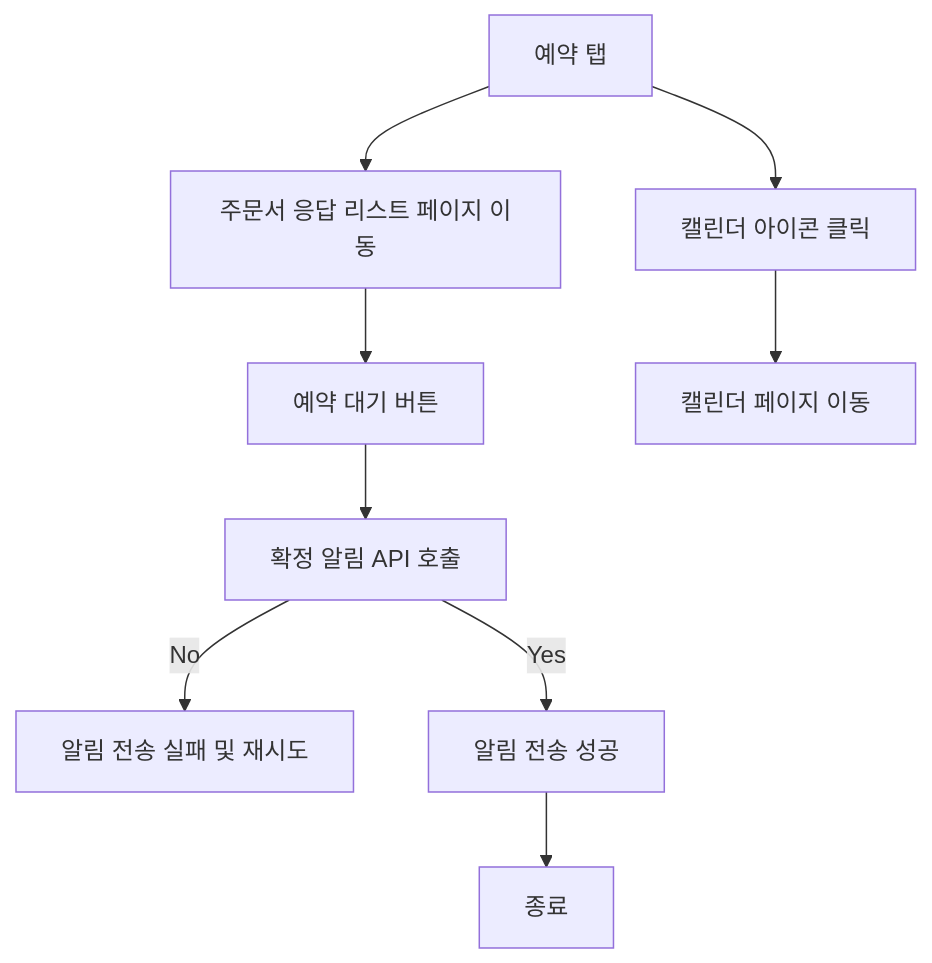
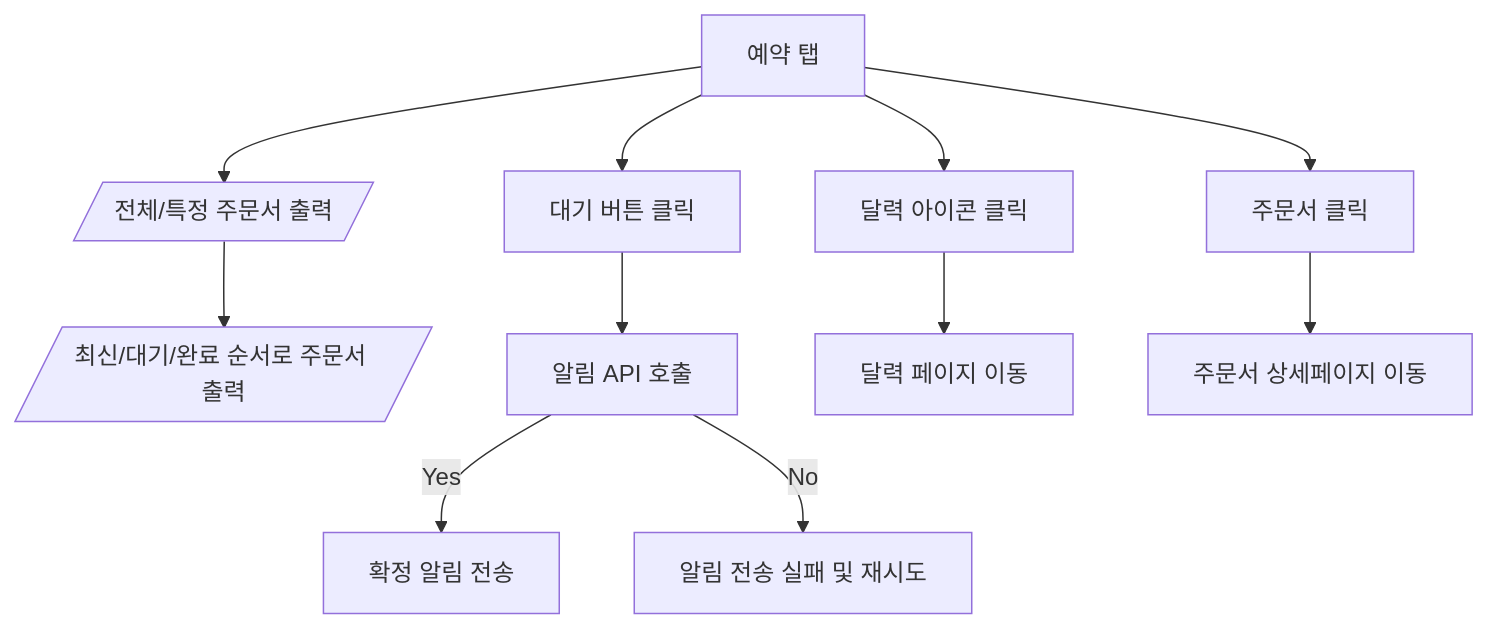
The third of 12 diagrams in design/기능정의서.md (Dev-FE-3/team4-phoenix-CustomService), drawn with Mermaid before and after one commit. The commit also changed other lines of this file, not shown here.

````diff
--- a/design/기능정의서.md
+++ b/design/기능정의서.md
@@ -81,7 +151,8 @@
 ```mermaid
-flowchart TD;
-  A[예약 탭]-->B[주문서 응답 리스트 페이지 이동]--> B1[예약 대기 버튼]--> B2[확정 알림 API 호출];
-  B2-->|No| B3[알림 전송 실패 및 재시도];
-  B2-->|Yes| B4[알림 전송 성공] --> B5[종료];
-  A--> C[캘린더 아이콘 클릭] -->C1[캘린더 페이지 이동]
+flowchart TD
+A[예약 탭] -->B[/전체/특정 주문서 출력/]--> B1[/최신/대기/완료 순서로 주문서 출력/]
+  A --> C[대기 버튼 클릭 ] --> C1[알림 API 호출 ] -->|Yes|C1a[확정 알림 전송 ]
+  C1 -->|No| C1b[ 알림 전송 실패 및 재시도]
+  A --> D[달력 아이콘 클릭] -->D1[달력 페이지 이동 ]
+  A --> E[주문서 클릭 ] -->E1[주문서 상세페이지 이동]
 ```
````
